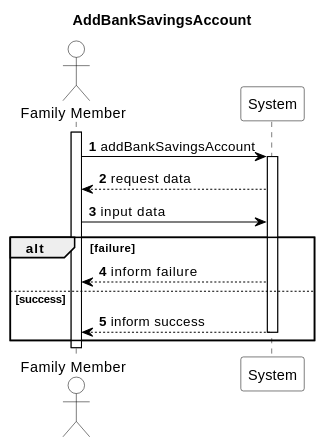
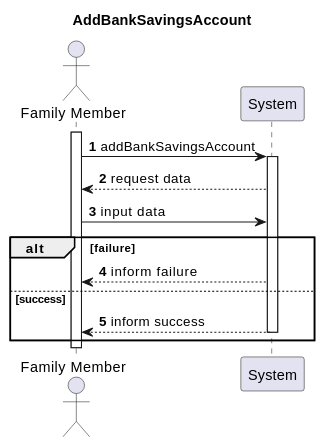
Before and after one commit to tomas-osswald/switch_2020_g3: the first of 4 diagrams in docs/sprint2/user_stories/US172_AddBankSavingsAccount.md, drawn with PlantUML. The commit also changed other lines of this file and 1 other file, not shown here.

`````diff
--- a/docs/sprint2/user_stories/US172_AddBankSavingsAccount.md
+++ b/docs/sprint2/user_stories/US172_AddBankSavingsAccount.md
@@ -14,32 +14,21 @@
 ````puml
 autonumber
-
-skinparam sequence {
-ArrowColor black
-LifeLineBorderColor black
-LifeLineBackgroundColor white
-ParticipantBorderColor black
-ParticipantBackgroundColor white
-ParticipantFontColor black
-ActorBorderColor black
-ActorBackgroundColor white
-}
 
 title AddBankSavingsAccount
 actor "Family Member" as FamilyMember
 participant "System" as System
 
 activate FamilyMember
 FamilyMember -> System: addBankSavingsAccount
 activate System
 System --> FamilyMember: request data
 FamilyMember -> System: input data
 alt failure
 System --> FamilyMember: inform failure
 else success
 System --> FamilyMember: inform success
 deactivate System
 end alt
 deactivate FamilyMember
 
 ````
`````
